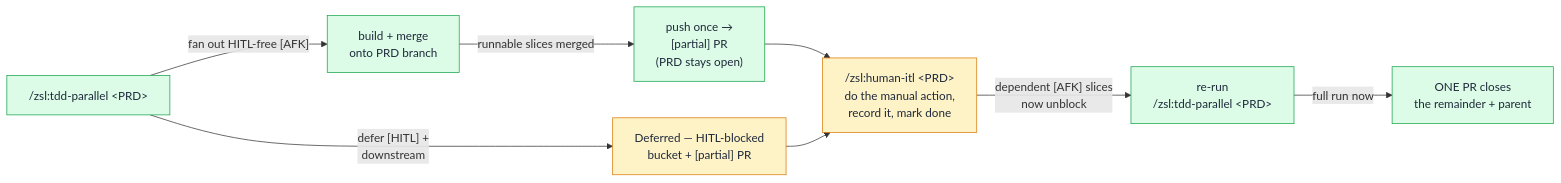
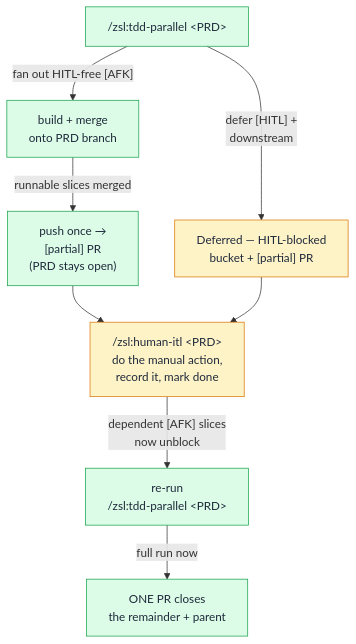
One commit to ZunoSmartLabs/zsl-superpowers changed the second of 2 diagrams in docs/tdd-parallel.md. Above: the diagram before and after it, drawn with Mermaid. The commit also changed 7 other files, not shown here.

First line of the commit message:
docs: fix dark-mode mermaid diagrams (legibility + bold labels + layout)

````diff
--- a/docs/tdd-parallel.md
+++ b/docs/tdd-parallel.md
@@ -173,15 +173,16 @@
 ```mermaid
-flowchart LR
-    tp["/zsl:tdd-parallel &lt;PRD&gt;"] -->|"defer [HITL] +<br/>downstream"| skip["Deferred — HITL-blocked<br/>bucket + [partial] PR"]
+flowchart TB
+    tp["/zsl:tdd-parallel &lt;PRD&gt;"]
     tp -->|"fan out HITL-free [AFK]"| afk["build + merge<br/>onto PRD branch"]
+    tp -->|"defer [HITL] +<br/>downstream"| skip["Deferred — HITL-blocked<br/>bucket + [partial] PR"]
     afk -->|"runnable slices merged"| ppr["push once →<br/>[partial] PR<br/>(PRD stays open)"]
     ppr --> hi["/zsl:human-itl &lt;PRD&gt;<br/>do the manual action,<br/>record it, mark done"]
     skip --> hi
     hi -->|"dependent [AFK] slices<br/>now unblock"| rerun["re-run<br/>/zsl:tdd-parallel &lt;PRD&gt;"]
     rerun -->|"full run now"| pr["ONE PR closes<br/>the remainder + parent"]
 
     classDef good fill:#dcfce7,stroke:#16a34a,color:#1e293b;
     classDef ok fill:#fef3c7,stroke:#d97706,color:#1e293b;
     class tp,afk,rerun,pr,ppr good
     class skip,hi ok
 ```
````
